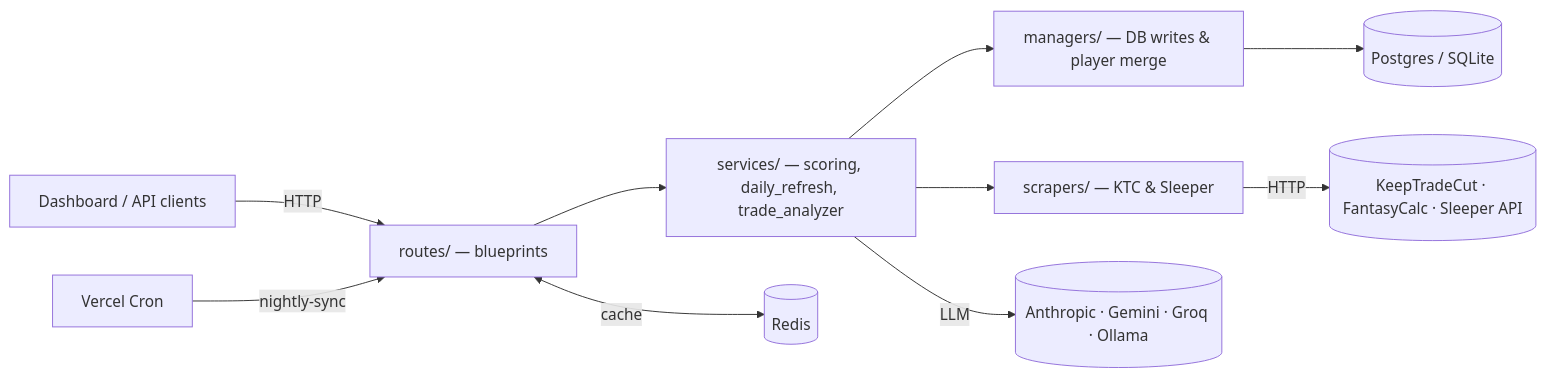
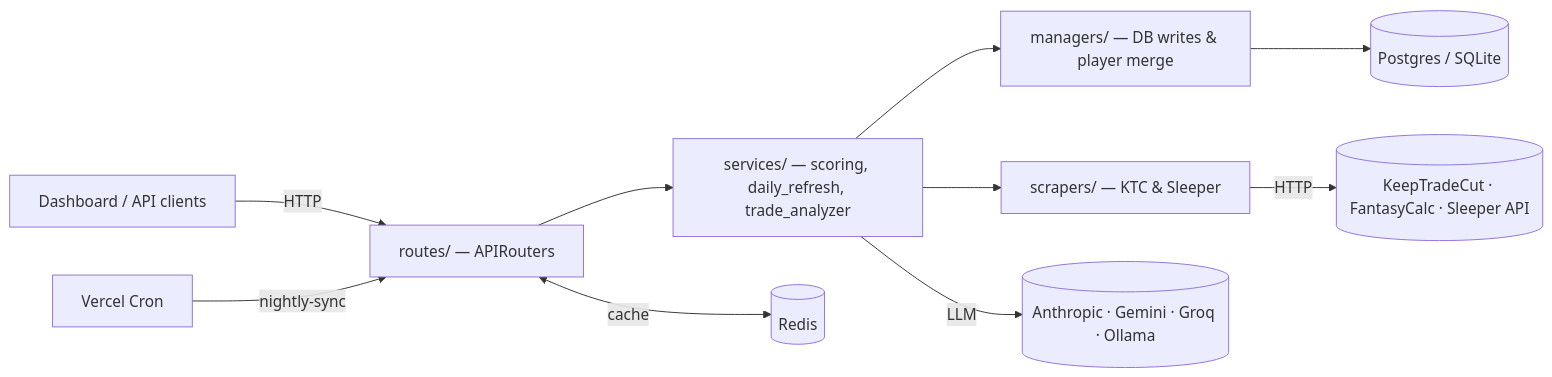
One commit to rawarne2/sleeper-backend changed the diagram in README.md. Above: the diagram before and after it, drawn with Mermaid. The commit also changed other lines of this file and 7 other files, not shown here.

````diff
--- a/README.md
+++ b/README.md
@@ -40,12 +42,12 @@
 ```mermaid
 flowchart LR
-    Client[Dashboard / API clients] -->|HTTP| Routes[routes/ — blueprints]
+    Client[Dashboard / API clients] -->|HTTP| Routes[routes/ — APIRouters]
     Cron[Vercel Cron] -->|nightly-sync| Routes
     Routes --> Services[services/ — scoring, daily_refresh, trade_analyzer]
     Services --> Managers[managers/ — DB writes & player merge]
     Services --> Scrapers[scrapers/ — KTC & Sleeper]
     Scrapers -->|HTTP| External[(KeepTradeCut · FantasyCalc · Sleeper API)]
     Managers --> DB[(Postgres / SQLite)]
     Routes <-->|cache| Redis[(Redis)]
     Services -->|LLM| Providers[(Anthropic · Gemini · Groq · Ollama)]
 ```
````
